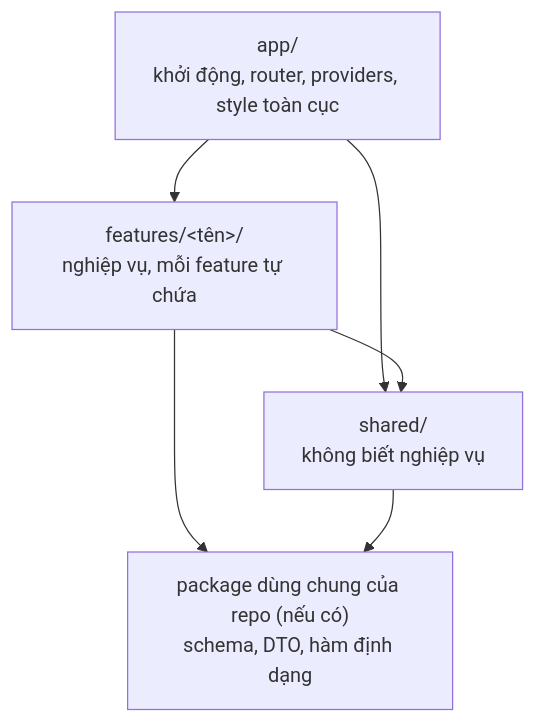
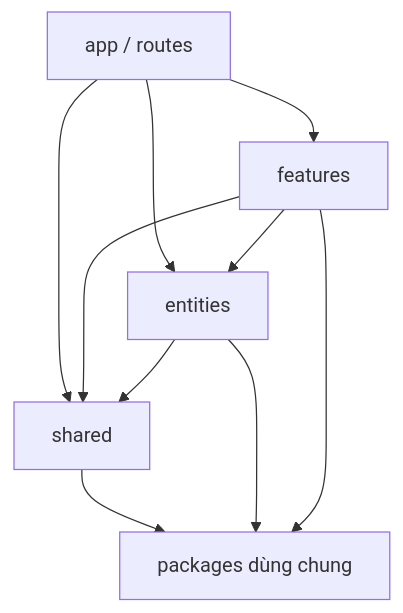
Before and after one commit to qkenn04/docs-template: the diagram in topics/frontend/react/files/docs/dev/frontend.md, drawn with Mermaid. The commit also changed other lines of this file and 1 other file, not shown here.

Commit message:
Expand frontend architecture template

````diff
--- a/topics/frontend/react/files/docs/dev/frontend.md
+++ b/topics/frontend/react/files/docs/dev/frontend.md
@@ -25,12 +350,12 @@
 ```mermaid
 flowchart TD
-  app["app/<br/>khởi động, router, providers, style toàn cục"]
-  features["features/&lt;tên&gt;/<br/>nghiệp vụ, mỗi feature tự chứa"]
-  shared["shared/<br/>không biết nghiệp vụ"]
-  pkgs["package dùng chung của repo (nếu có)<br/>schema, DTO, hàm định dạng"]
-  app --> features
-  app --> shared
-  features --> shared
-  features --> pkgs
-  shared --> pkgs
+    app["app / routes"] --> features["features"]
+    app --> entities["entities"]
+    app --> shared["shared"]
+    features --> entities
+    features --> shared
+    entities --> shared
+    shared --> packages["packages dùng chung"]
+    entities --> packages
+    features --> packages
 ```
````
